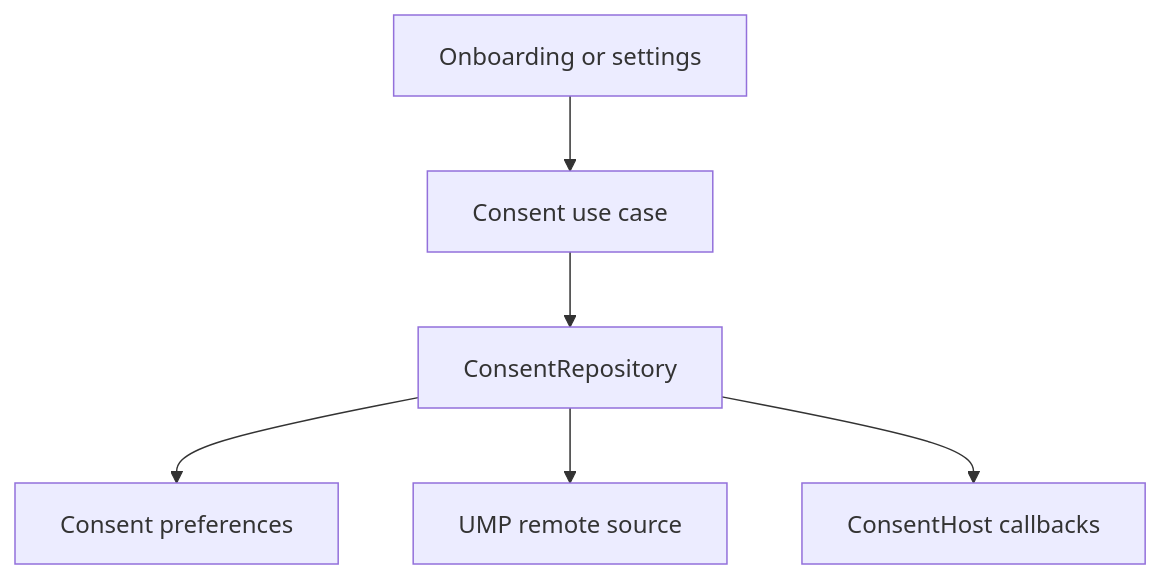
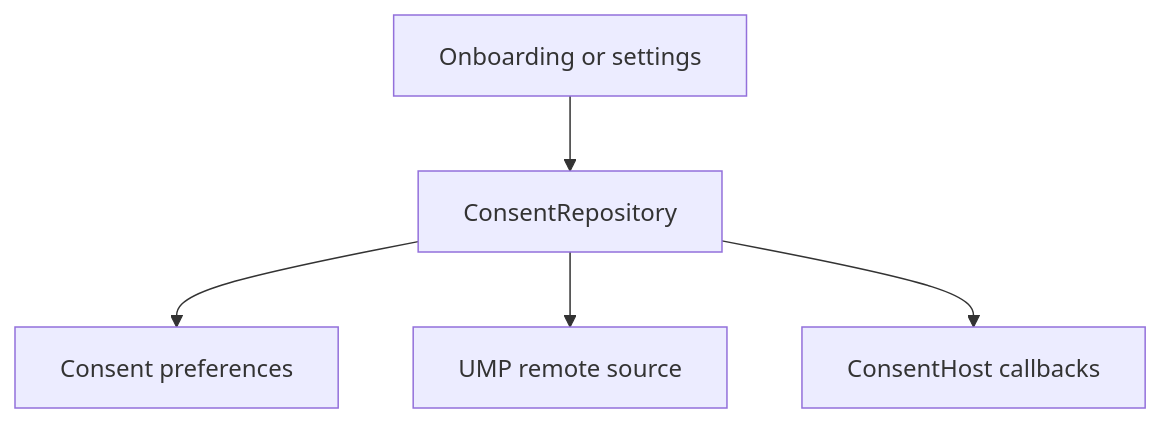
The diagram in library/integration/consent/README.md (MihaiCristianCondrea/App-Toolkit-for-Android), drawn with Mermaid before and after one commit. The commit also changed other lines of this file and 41 other files, not shown here.

````diff
--- a/library/integration/consent/README.md
+++ b/library/integration/consent/README.md
@@ -33,8 +33,7 @@
 ```mermaid
 flowchart TD
-    UI[Onboarding or settings] --> UseCase[Consent use case]
-    UseCase --> Repo[ConsentRepository]
+    UI[Onboarding or settings] --> Repo[ConsentRepository]
     Repo --> Store[Consent preferences]
     Repo --> UMP[UMP remote source]
     Repo --> Host[ConsentHost callbacks]
 ```
````
